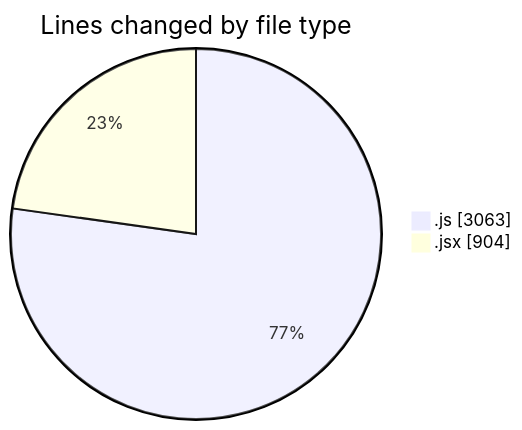
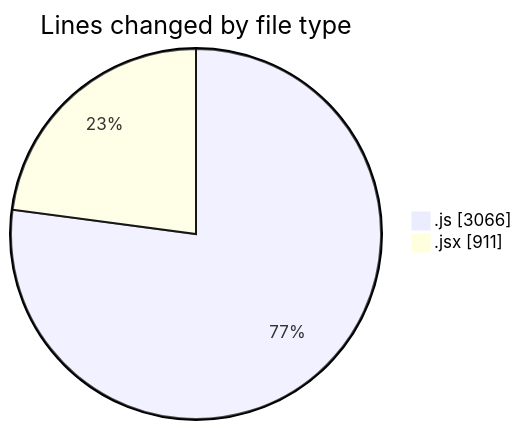
The first of 2 diagrams in 2025-09-24/nxtqube_webapp/README.md (nxtqubesakshisongat/code-tracking), drawn with Mermaid before and after one commit. The commit also changed other lines of this file and 1 other file, not shown here.

````diff
--- a/2025-09-24/nxtqube_webapp/README.md
+++ b/2025-09-24/nxtqube_webapp/README.md
@@ -22,6 +22,6 @@
 ```mermaid
 pie showData
 title Lines changed by file type
-".js" : 3063
-".jsx" : 904
+".js" : 3066
+".jsx" : 911
 ```
````
